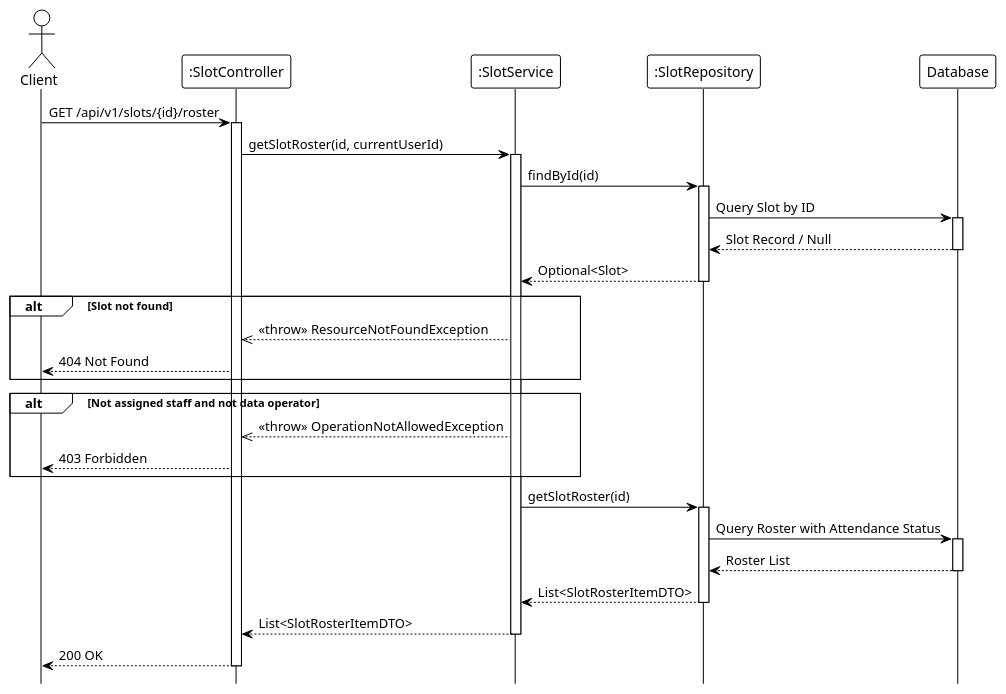
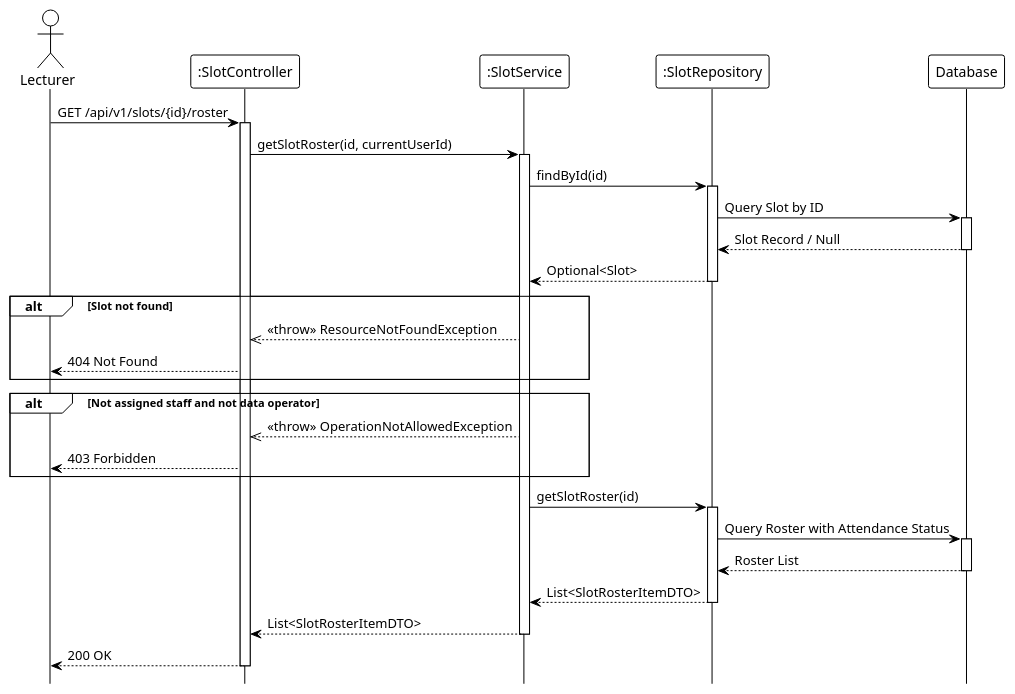
One commit to Ndh474/context changed the diagram in system_detailed_design/67_view_slot_roster/sequence_diagram_view_slot_roster.puml. Above: the diagram before and after it, drawn with PlantUML. The commit also changed 4 other files, not shown here.

First line of the commit message:
refactor(diagrams): update actor from Client to Lecturer in sequence diagrams

```diff
--- a/system_detailed_design/67_view_slot_roster/sequence_diagram_view_slot_roster.puml
+++ b/system_detailed_design/67_view_slot_roster/sequence_diagram_view_slot_roster.puml
@@ -1,63 +1,63 @@
 @startuml view_slot_roster
 !theme plain
 hide footbox
 
-actor Client
+actor Lecturer
 participant ":SlotController" as Controller
 participant ":SlotService" as Service
 participant ":SlotRepository" as Repository
 participant "Database" as DB
 
 ' --- MAIN FLOW ---
-Client -> Controller: GET /api/v1/slots/{id}/roster
+Lecturer -> Controller: GET /api/v1/slots/{id}/roster
 activate Controller
 
 Controller -> Service: getSlotRoster(id, currentUserId)
 activate Service
 
 ' --- VALIDATE SLOT ---
 Service -> Repository: findById(id)
 activate Repository
 
 Repository -> DB: Query Slot by ID
 activate DB
 DB --> Repository: Slot Record / Null
 deactivate DB
 
 Repository --> Service: Optional<Slot>
 deactivate Repository
 
 alt Slot not found
     Service -->> Controller: <<throw>> ResourceNotFoundException
-    Controller --> Client: 404 Not Found
+    Controller --> Lecturer: 404 Not Found
 end
 
 ' --- CHECK AUTHORIZATION ---
 ' Authorization logic (internal)
 
 alt Not assigned staff and not data operator
     Service -->> Controller: <<throw>> OperationNotAllowedException
-    Controller --> Client: 403 Forbidden
+    Controller --> Lecturer: 403 Forbidden
 end
 
 ' --- GET ROSTER ---
 Service -> Repository: getSlotRoster(id)
 activate Repository
 
 Repository -> DB: Query Roster with Attendance Status
 activate DB
 DB --> Repository: Roster List
 deactivate DB
 
 Repository --> Service: List<SlotRosterItemDTO>
 deactivate Repository
 
 ' Ensure attendance records exist (internal)
 
 Service --> Controller: List<SlotRosterItemDTO>
 deactivate Service
 
-Controller --> Client: 200 OK
+Controller --> Lecturer: 200 OK
 deactivate Controller
 
 @enduml
```
